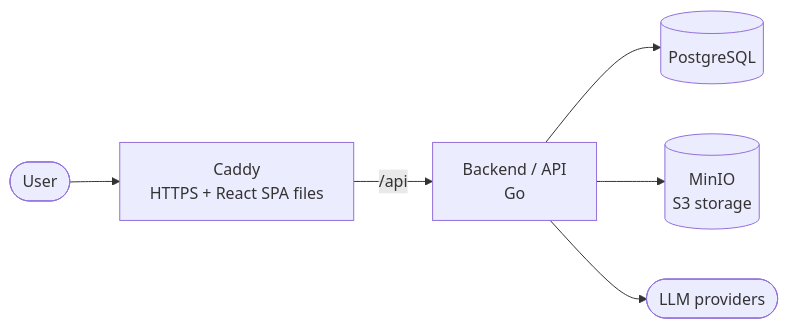
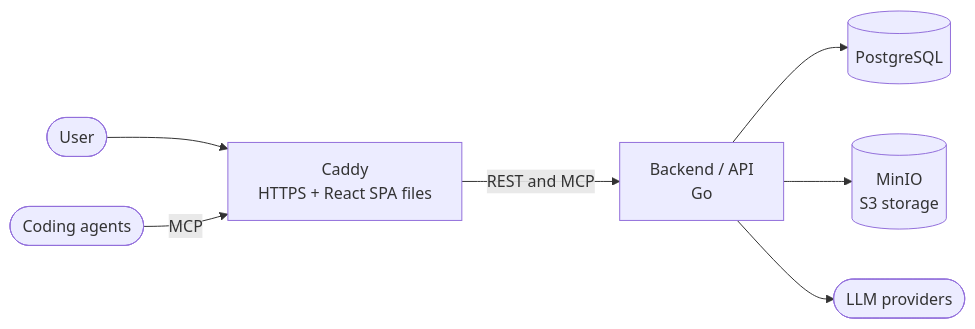
Before and after one commit to dannilodms/forgespark: the diagram in README.md, drawn with Mermaid. The commit also changed other lines of this file and 4 other files, not shown here.

First line of the commit message:
docs: record inbound adapters decision (REST and MCP first)

````diff
--- a/README.md
+++ b/README.md
@@ -43,8 +43,9 @@
 ```mermaid
 flowchart LR
     user([User]) --> proxy[Caddy<br/>HTTPS + React SPA files]
-    proxy -->|/api| api[Backend / API<br/>Go]
+    agents([Coding agents]) -->|MCP| proxy
+    proxy -->|REST and MCP| api[Backend / API<br/>Go]
     api --> db[(PostgreSQL)]
     api --> storage[(MinIO<br/>S3 storage)]
     api --> llm([LLM providers])
 ```
````
